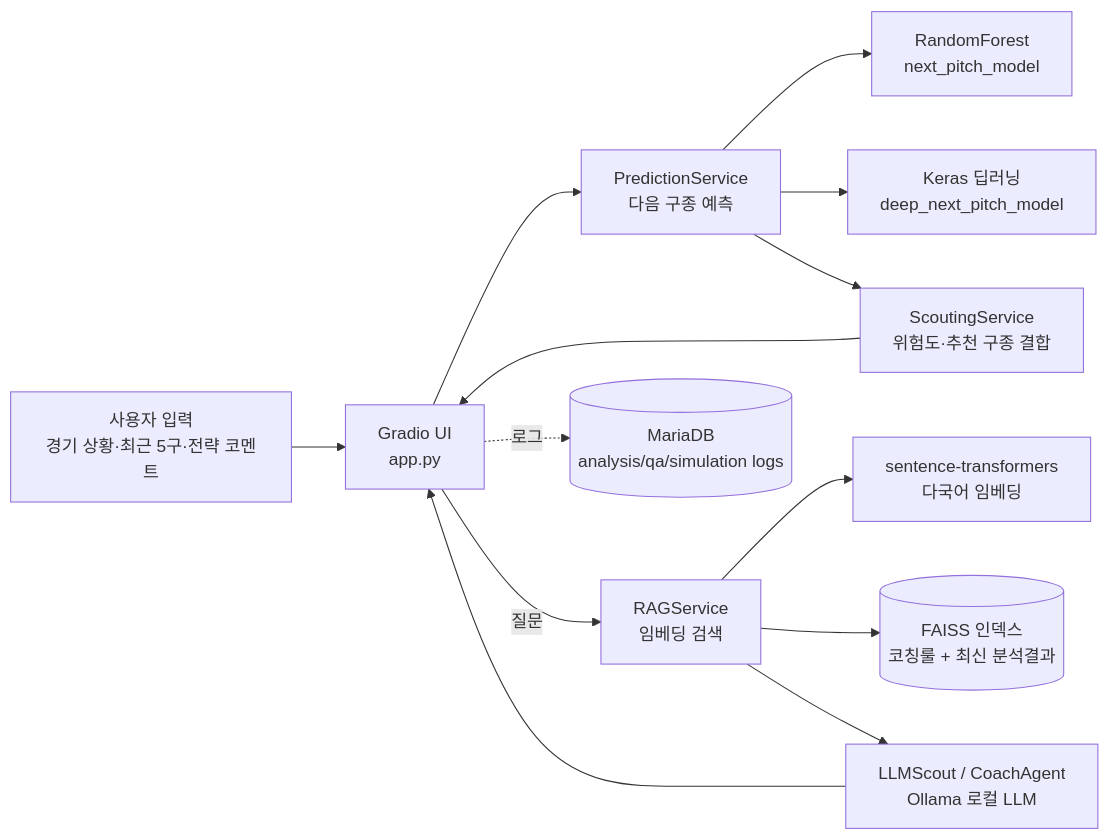
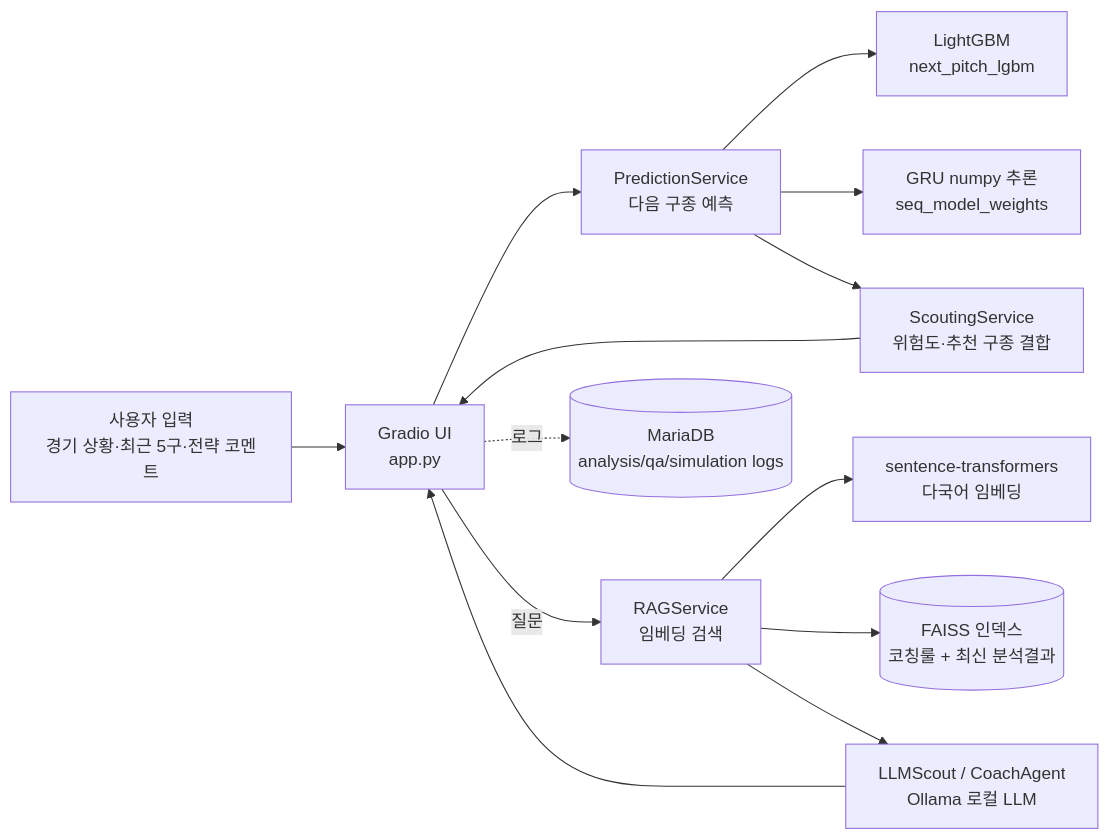
One commit to jjssspark/DiamondScout-AI changed the diagram in README.md. Above: the diagram before and after it, drawn with Mermaid. The commit also changed other lines of this file and 3 other files, not shown here.

````diff
--- a/README.md
+++ b/README.md
@@ -52,20 +52,20 @@
 ```mermaid
 flowchart LR
     User[사용자 입력<br/>경기 상황·최근 5구·전략 코멘트] --> Gradio[Gradio UI<br/>app.py]
 
     Gradio --> Prediction[PredictionService<br/>다음 구종 예측]
-    Prediction --> ModelRF[RandomForest<br/>next_pitch_model]
-    Prediction --> ModelDL[Keras 딥러닝<br/>deep_next_pitch_model]
+    Prediction --> ModelLGB[LightGBM<br/>next_pitch_lgbm]
+    Prediction --> ModelGRU[GRU numpy 추론<br/>seq_model_weights]
 
     Prediction --> Scouting[ScoutingService<br/>위험도·추천 구종 결합]
     Scouting --> Gradio
 
     Gradio -->|질문| RAG[RAGService<br/>임베딩 검색]
     RAG --> Embed[sentence-transformers<br/>다국어 임베딩]
     RAG --> FAISS[(FAISS 인덱스<br/>코칭룰 + 최신 분석결과)]
 
     RAG --> LLM[LLMScout / CoachAgent<br/>Ollama 로컬 LLM]
     LLM --> Gradio
 
     Gradio -.로그.-> DB[(MariaDB<br/>analysis/qa/simulation logs)]
 ```
````
